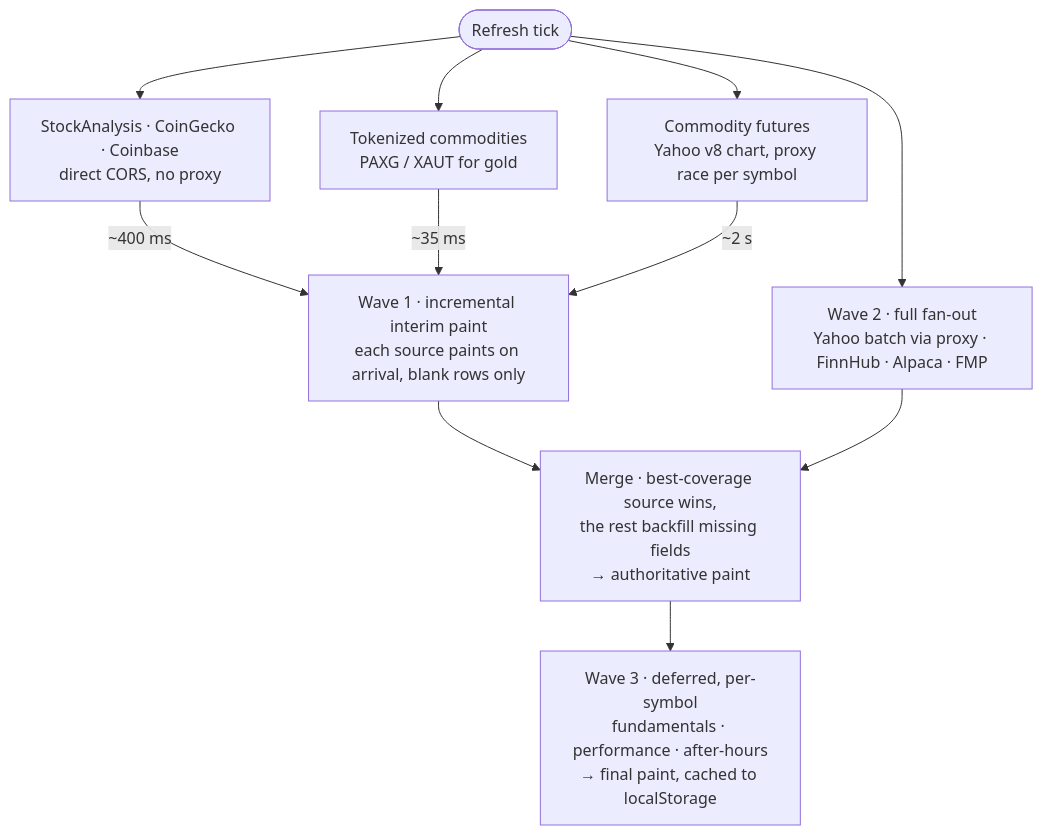
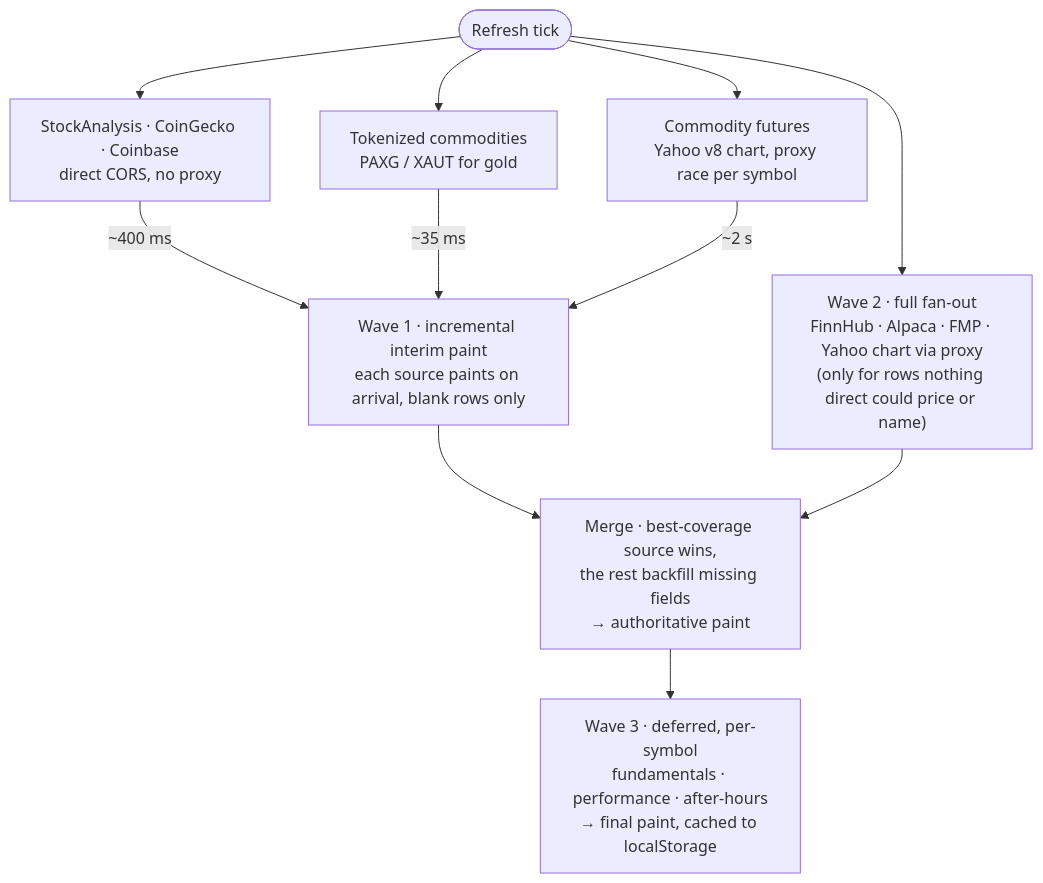
One commit to gdy/PortfolioTracker changed the diagram in README.md. Above: the diagram before and after it, drawn with Mermaid. The commit also changed other lines of this file and 1 other file, not shown here.

First line of the commit message:
Stop calling Yahoo endpoints the proxy can't reach; trust the consolidated tape

````diff
--- a/README.md
+++ b/README.md
@@ -68,13 +68,13 @@
 ```mermaid
 flowchart TD
     T([Refresh tick]) --> S["StockAnalysis · CoinGecko · Coinbase<br/>direct CORS, no proxy"]
     T --> G["Tokenized commodities<br/>PAXG / XAUT for gold"]
     T --> C["Commodity futures<br/>Yahoo v8 chart, proxy race per symbol"]
-    T --> W2["Wave 2 · full fan-out<br/>Yahoo batch via proxy · FinnHub · Alpaca · FMP"]
+    T --> W2["Wave 2 · full fan-out<br/>FinnHub · Alpaca · FMP · Yahoo chart via proxy<br/>(only for rows nothing direct could price or name)"]
     S -->|"~400 ms"| P["Wave 1 · incremental interim paint<br/>each source paints on arrival, blank rows only"]
     G -->|"~35 ms"| P
     C -->|"~2 s"| P
     P --> M["Merge · best-coverage source wins,<br/>the rest backfill missing fields<br/>→ authoritative paint"]
     W2 --> M
     M --> D["Wave 3 · deferred, per-symbol<br/>fundamentals · performance · after-hours<br/>→ final paint, cached to localStorage"]
 ```
````
